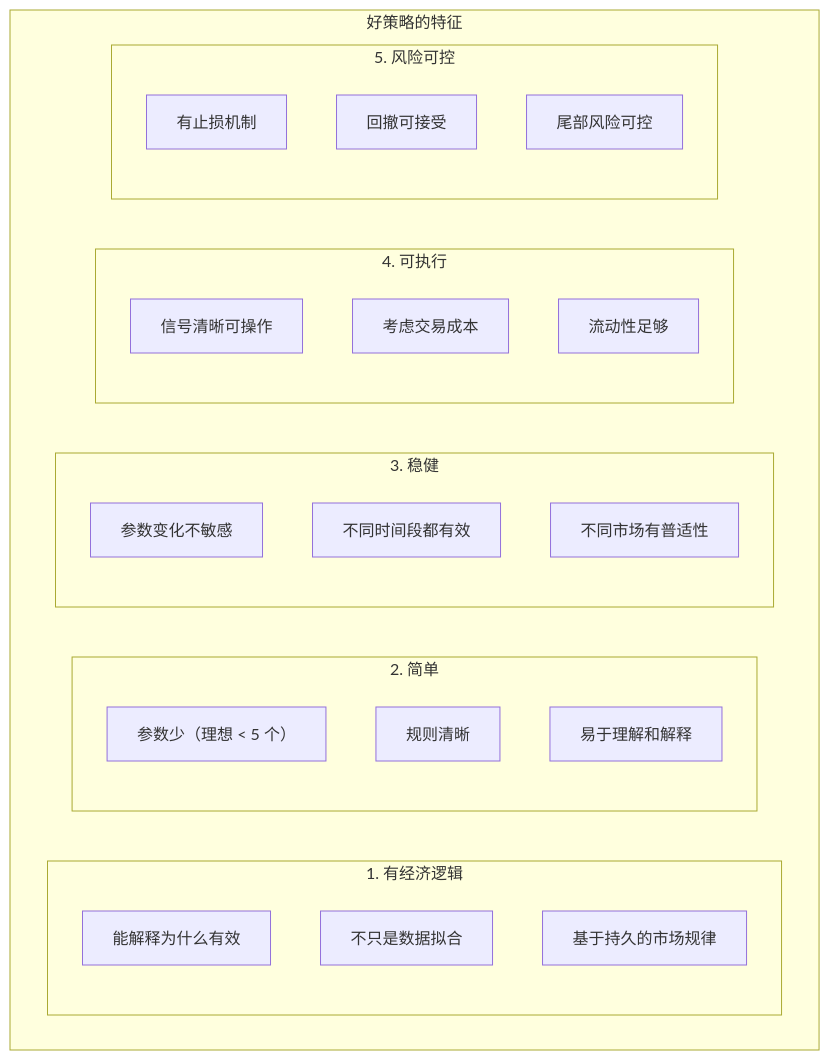
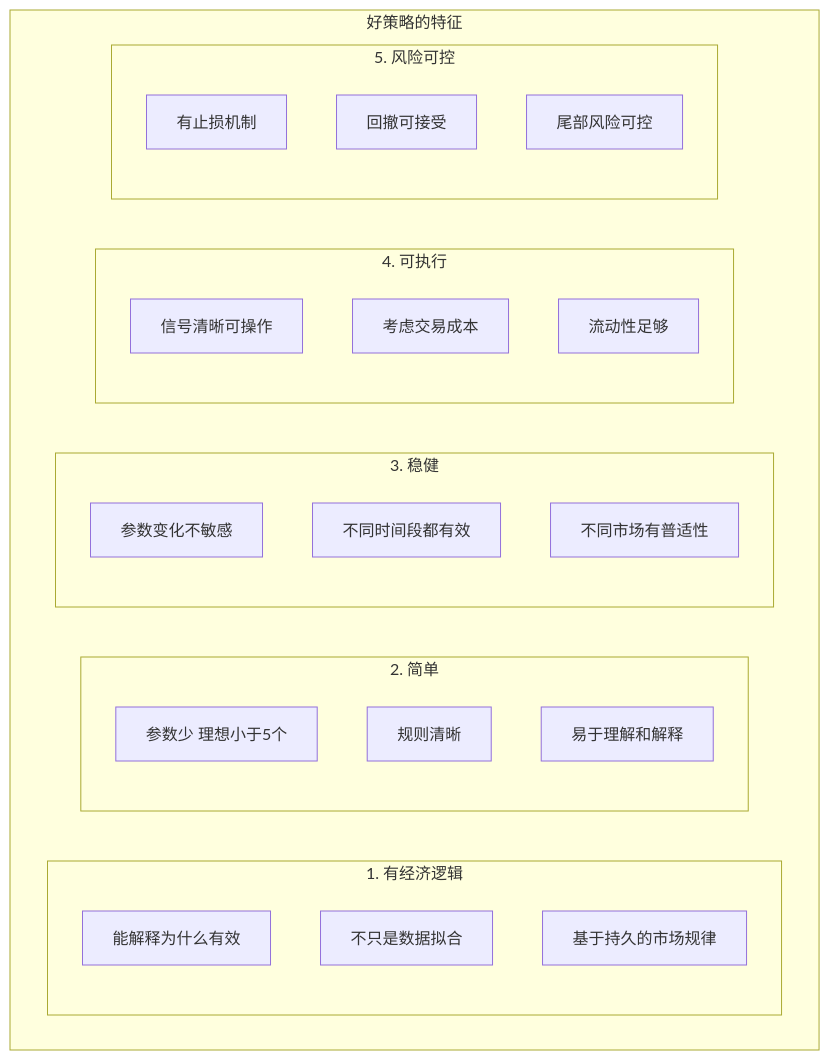
One commit to jpixy/jpixy.github.io changed the second of 13 diagrams in content/articles/quant/quant-02-中低频量化交易最佳实践.md. Above: the diagram before and after it, drawn with Mermaid. The commit also changed other lines of this file and 66 other files, not shown here.

Commit message:
fix: resolve Mermaid syntax errors by removing parentheses in node labels

````diff
--- a/content/articles/quant/quant-02-中低频量化交易最佳实践.md
+++ b/content/articles/quant/quant-02-中低频量化交易最佳实践.md
@@ -75,30 +75,30 @@
 ```mermaid
 graph TB
     subgraph 好策略["好策略的特征"]
         subgraph T1["1. 有经济逻辑"]
             A1["能解释为什么有效"]
             A2["不只是数据拟合"]
             A3["基于持久的市场规律"]
         end
         subgraph T2["2. 简单"]
-            B1["参数少（理想 < 5 个）"]
+            B1["参数少 理想小于5个"]
             B2["规则清晰"]
             B3["易于理解和解释"]
         end
         subgraph T3["3. 稳健"]
             C1["参数变化不敏感"]
             C2["不同时间段都有效"]
             C3["不同市场有普适性"]
         end
         subgraph T4["4. 可执行"]
             D1["信号清晰可操作"]
             D2["考虑交易成本"]
             D3["流动性足够"]
         end
         subgraph T5["5. 风险可控"]
             E1["有止损机制"]
             E2["回撤可接受"]
             E3["尾部风险可控"]
         end
     end
 ```
````
